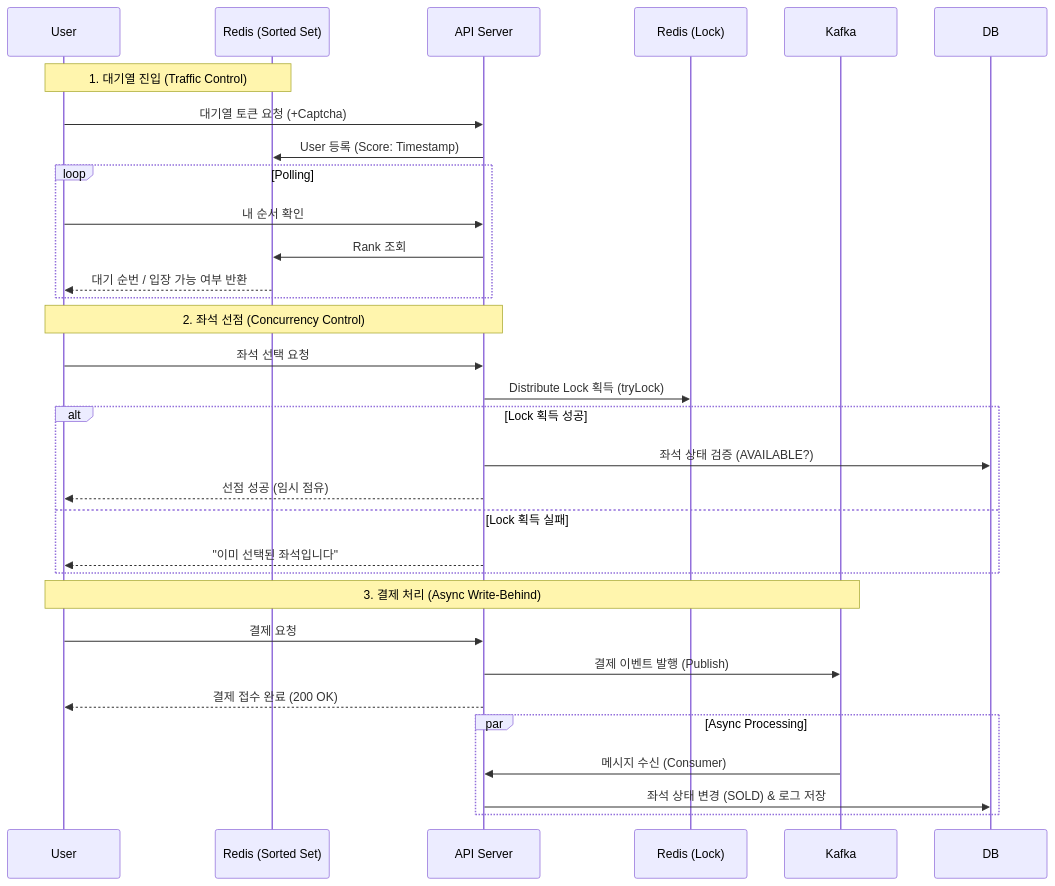
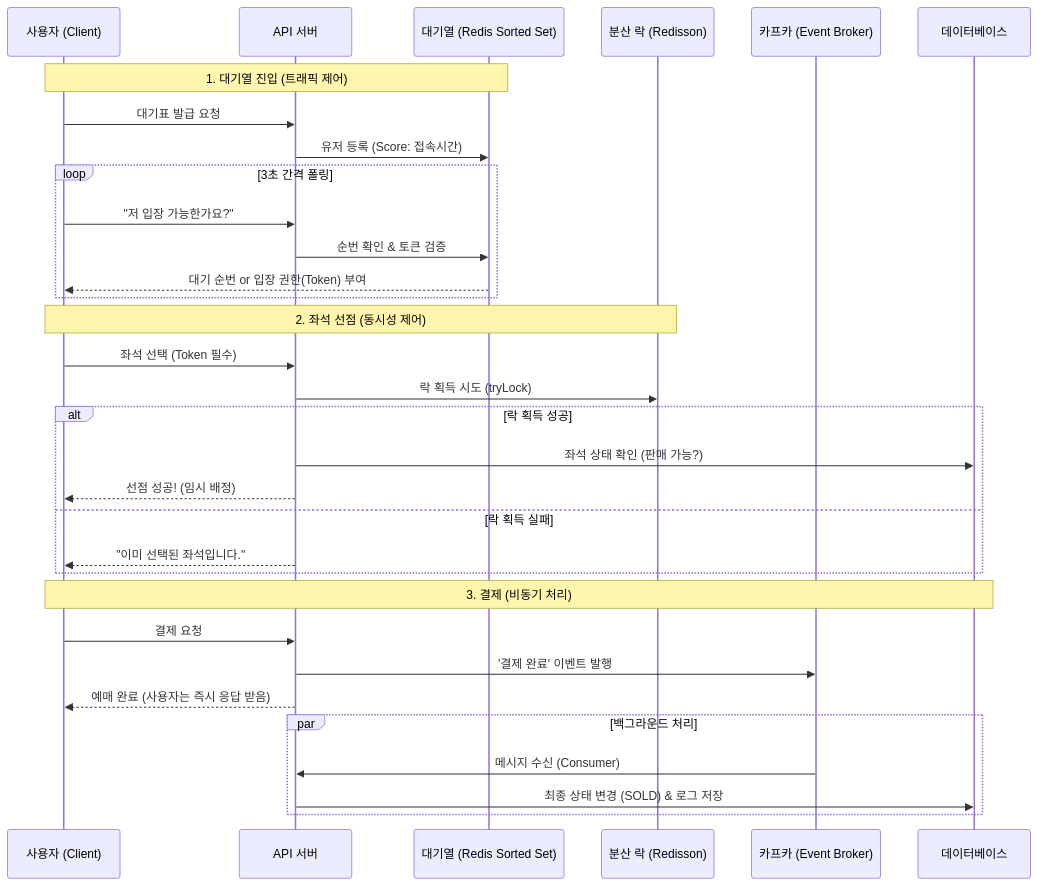
One commit to yunnhho/ticketing-system changed the diagram in Readme.md. Above: the diagram before and after it, drawn with Mermaid. The commit also changed other lines of this file and 1 other file, not shown here.

Commit message:
Update: SeatApiController And Readme.md

````diff
--- a/Readme.md
+++ b/Readme.md
@@ -42,38 +26,38 @@
 ```mermaid
 sequenceDiagram
-    participant User
-    participant Queue as Redis (Sorted Set)
-    participant Server as API Server
-    participant Redis as Redis (Lock)
-    participant Kafka
-    participant DB
+    participant User as 사용자 (Client)
+    participant Server as API 서버
+    participant Queue as 대기열 (Redis Sorted Set)
+    participant Lock as 분산 락 (Redisson)
+    participant Kafka as 카프카 (Event Broker)
+    participant DB as 데이터베이스
 
-    Note over User, Queue: 1. 대기열 진입 (Traffic Control)
-    User->>Server: 대기열 토큰 요청 (+Captcha)
-    Server->>Queue: User 등록 (Score: Timestamp)
-    loop Polling
-        User->>Server: 내 순서 확인
-        Server->>Queue: Rank 조회
-        Queue-->>User: 대기 순번 / 입장 가능 여부 반환
+    Note over User, Queue: 1. 대기열 진입 (트래픽 제어)
+    User->>Server: 대기표 발급 요청
+    Server->>Queue: 유저 등록 (Score: 접속시간)
+    loop 3초 간격 폴링
+        User->>Server: "저 입장 가능한가요?"
+        Server->>Queue: 순번 확인 & 토큰 검증
+        Queue-->>User: 대기 순번 or 입장 권한(Token) 부여
     end
     
-    Note over User, Server: 2. 좌석 선점 (Concurrency Control)
-    User->>Server: 좌석 선택 요청
-    Server->>Redis: Distribute Lock 획득 (tryLock)
-    alt Lock 획득 성공
-        Server->>DB: 좌석 상태 검증 (AVAILABLE?)
-        Server-->>User: 선점 성공 (임시 점유)
-    else Lock 획득 실패
-        Server-->>User: "이미 선택된 좌석입니다"
+    Note over User, Lock: 2. 좌석 선점 (동시성 제어)
+    User->>Server: 좌석 선택 (Token 필수)
+    Server->>Lock: 락 획득 시도 (tryLock)
+    alt 락 획득 성공
+        Server->>DB: 좌석 상태 확인 (판매 가능?)
+        Server-->>User: 선점 성공! (임시 배정)
+    else 락 획득 실패
+        Server-->>User: "이미 선택된 좌석입니다."
     end
 
-    Note over User, Kafka: 3. 결제 처리 (Async Write-Behind)
+    Note over User, DB: 3. 결제 (비동기 처리)
     User->>Server: 결제 요청
-    Server->>Kafka: 결제 이벤트 발행 (Publish)
-    Server-->>User: 결제 접수 완료 (200 OK)
+    Server->>Kafka: '결제 완료' 이벤트 발행
+    Server-->>User: 예매 완료 (사용자는 즉시 응답 받음)
     
-    par Async Processing
+    par 백그라운드 처리
         Kafka->>Server: 메시지 수신 (Consumer)
-        Server->>DB: 좌석 상태 변경 (SOLD) & 로그 저장
+        Server->>DB: 최종 상태 변경 (SOLD) & 로그 저장
     end
 ```
````
